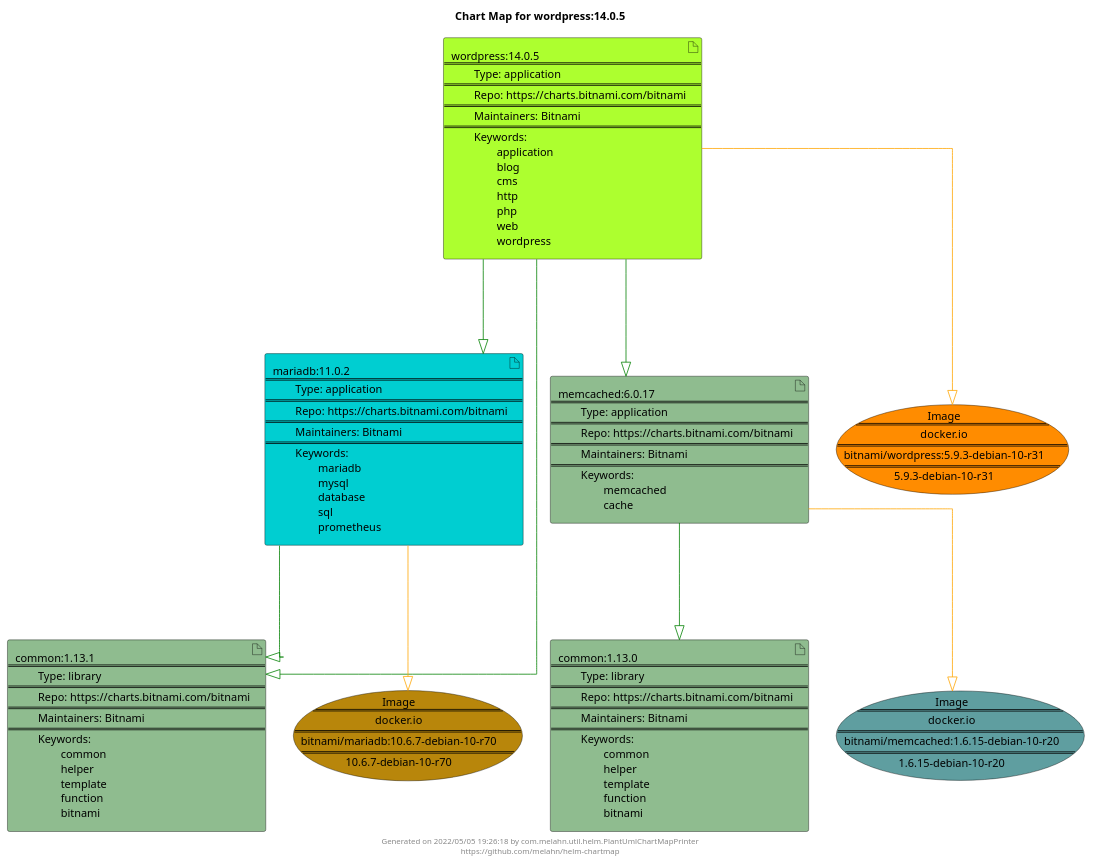
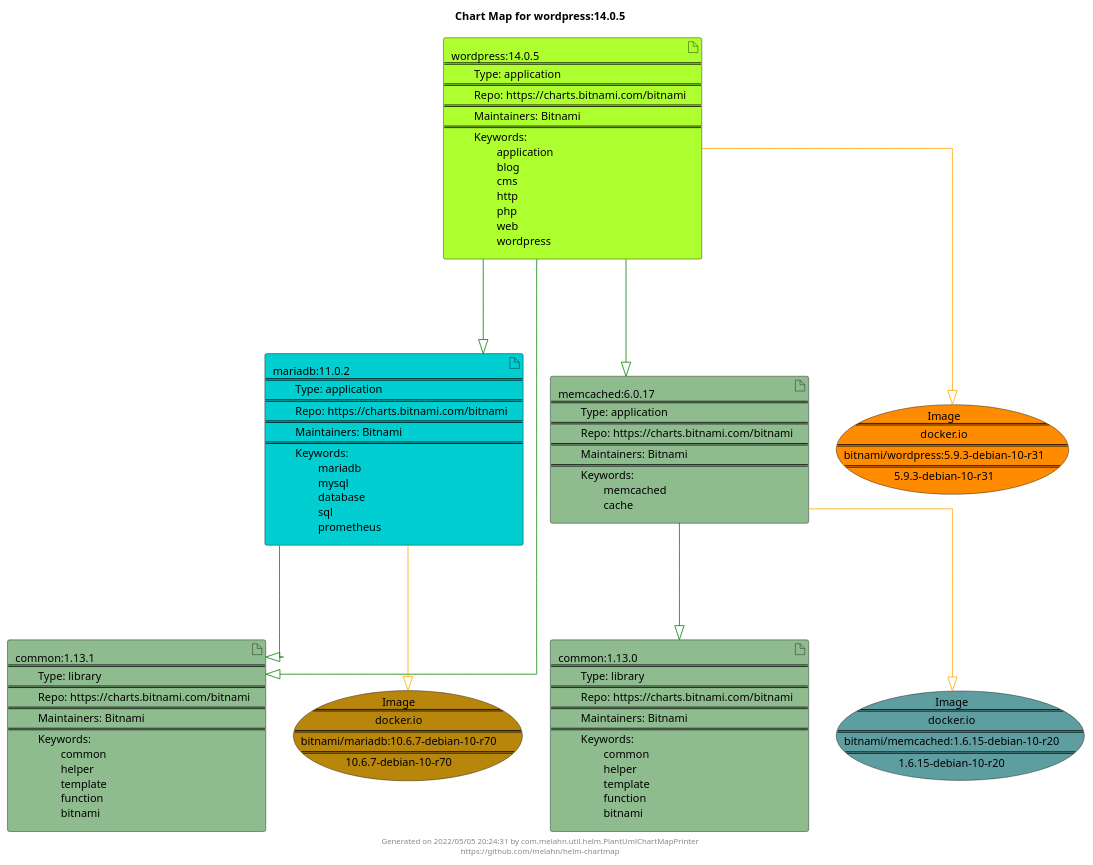
One commit to melahn/helm-chartmap changed the diagram in docs/wordpress/wordpress-14.0.5.puml. Above: the diagram before and after it, drawn with PlantUML. The commit also changed 64 other files, not shown here.

Commit message:
Update Example Chart Maps as part of GitHub build

```diff
--- a/docs/wordpress/wordpress-14.0.5.puml
+++ b/docs/wordpress/wordpress-14.0.5.puml
@@ -1,34 +1,34 @@
 @startuml
 skinparam linetype ortho
 skinparam backgroundColor white
 skinparam usecaseBorderColor black
 skinparam usecaseArrowColor LightSlateGray
 skinparam artifactBorderColor black
 skinparam artifactArrowColor LightSlateGray
 
 title Chart Map for wordpress:14.0.5
 
 'There are 5 referenced Helm Charts
 artifact "common:1.13.1\n====\n\tType: library\n====\n\tRepo: https://charts.bitnami.com/bitnami\n====\n\tMaintainers: Bitnami\n====\n\tKeywords: \n\t\tcommon\n\t\thelper\n\t\ttemplate\n\t\tfunction\n\t\tbitnami" as common_1_13_1 #DarkSeaGreen
 artifact "wordpress:14.0.5\n====\n\tType: application\n====\n\tRepo: https://charts.bitnami.com/bitnami\n====\n\tMaintainers: Bitnami\n====\n\tKeywords: \n\t\tapplication\n\t\tblog\n\t\tcms\n\t\thttp\n\t\tphp\n\t\tweb\n\t\twordpress" as wordpress_14_0_5 #GreenYellow
 artifact "common:1.13.0\n====\n\tType: library\n====\n\tRepo: https://charts.bitnami.com/bitnami\n====\n\tMaintainers: Bitnami\n====\n\tKeywords: \n\t\tcommon\n\t\thelper\n\t\ttemplate\n\t\tfunction\n\t\tbitnami" as common_1_13_0 #DarkSeaGreen
 artifact "mariadb:11.0.2\n====\n\tType: application\n====\n\tRepo: https://charts.bitnami.com/bitnami\n====\n\tMaintainers: Bitnami\n====\n\tKeywords: \n\t\tmariadb\n\t\tmysql\n\t\tdatabase\n\t\tsql\n\t\tprometheus" as mariadb_11_0_2 #DarkTurquoise
 artifact "memcached:6.0.17\n====\n\tType: application\n====\n\tRepo: https://charts.bitnami.com/bitnami\n====\n\tMaintainers: Bitnami\n====\n\tKeywords: \n\t\tmemcached\n\t\tcache" as memcached_6_0_17 #DarkSeaGreen
 
 'There are 3 referenced Docker Images
 usecase "Image\n====\ndocker.io\n====\nbitnami/mariadb:10.6.7-debian-10-r70\n====\n10.6.7-debian-10-r70" as docker_io_bitnami_mariadb_10_6_7_debian_10_r70 #DarkGoldenRod
 usecase "Image\n====\ndocker.io\n====\nbitnami/wordpress:5.9.3-debian-10-r31\n====\n5.9.3-debian-10-r31" as docker_io_bitnami_wordpress_5_9_3_debian_10_r31 #Darkorange
 usecase "Image\n====\ndocker.io\n====\nbitnami/memcached:1.6.15-debian-10-r20\n====\n1.6.15-debian-10-r20" as docker_io_bitnami_memcached_1_6_15_debian_10_r20 #CadetBlue
 
 'Chart Dependencies
+wordpress_14_0_5--[#green]-|>mariadb_11_0_2
+mariadb_11_0_2--[#green]-|>common_1_13_1
 wordpress_14_0_5--[#green]-|>memcached_6_0_17
 memcached_6_0_17--[#green]-|>common_1_13_0
 wordpress_14_0_5--[#green]-|>common_1_13_1
-wordpress_14_0_5--[#green]-|>mariadb_11_0_2
-mariadb_11_0_2--[#green]-|>common_1_13_1
 wordpress_14_0_5--[#orange]-|>docker_io_bitnami_wordpress_5_9_3_debian_10_r31
 mariadb_11_0_2--[#orange]-|>docker_io_bitnami_mariadb_10_6_7_debian_10_r70
 memcached_6_0_17--[#orange]-|>docker_io_bitnami_memcached_1_6_15_debian_10_r20
 
-center footer Generated on 2022/05/05 19:26:18 by com.melahn.util.helm.PlantUmlChartMapPrinter\nhttps://github.com/melahn/helm-chartmap
+center footer Generated on 2022/05/05 20:24:31 by com.melahn.util.helm.PlantUmlChartMapPrinter\nhttps://github.com/melahn/helm-chartmap
 @enduml
```
